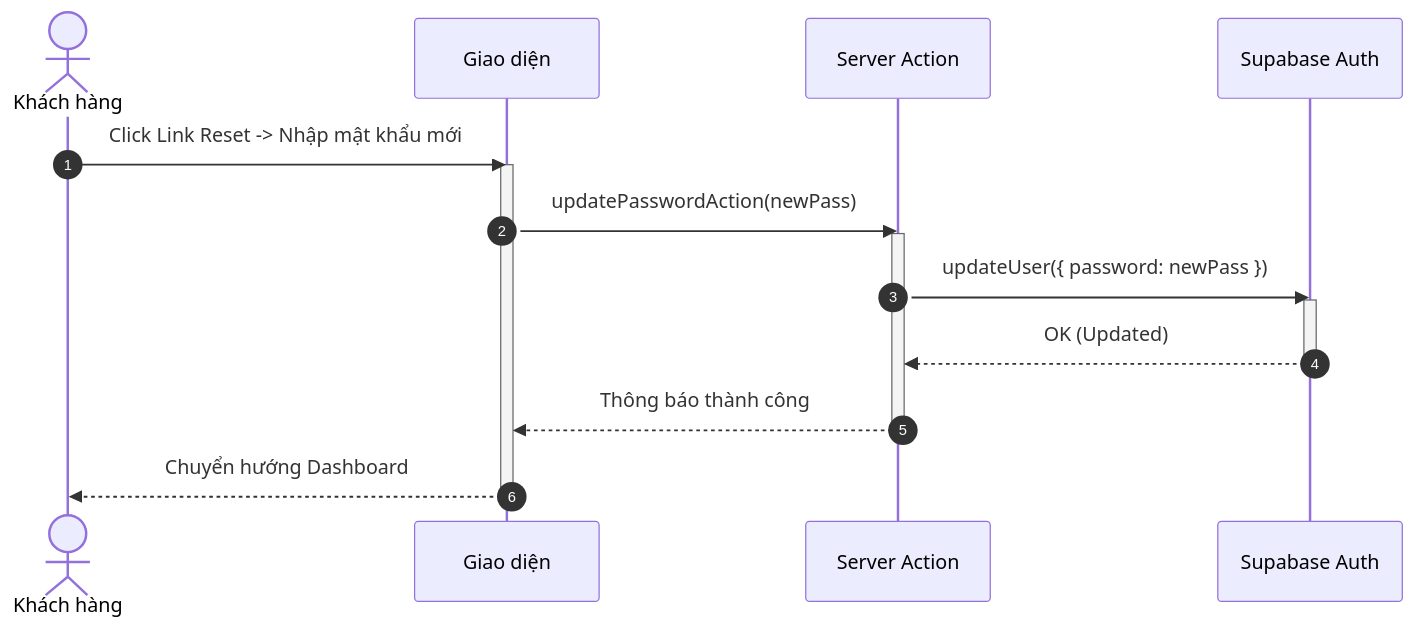
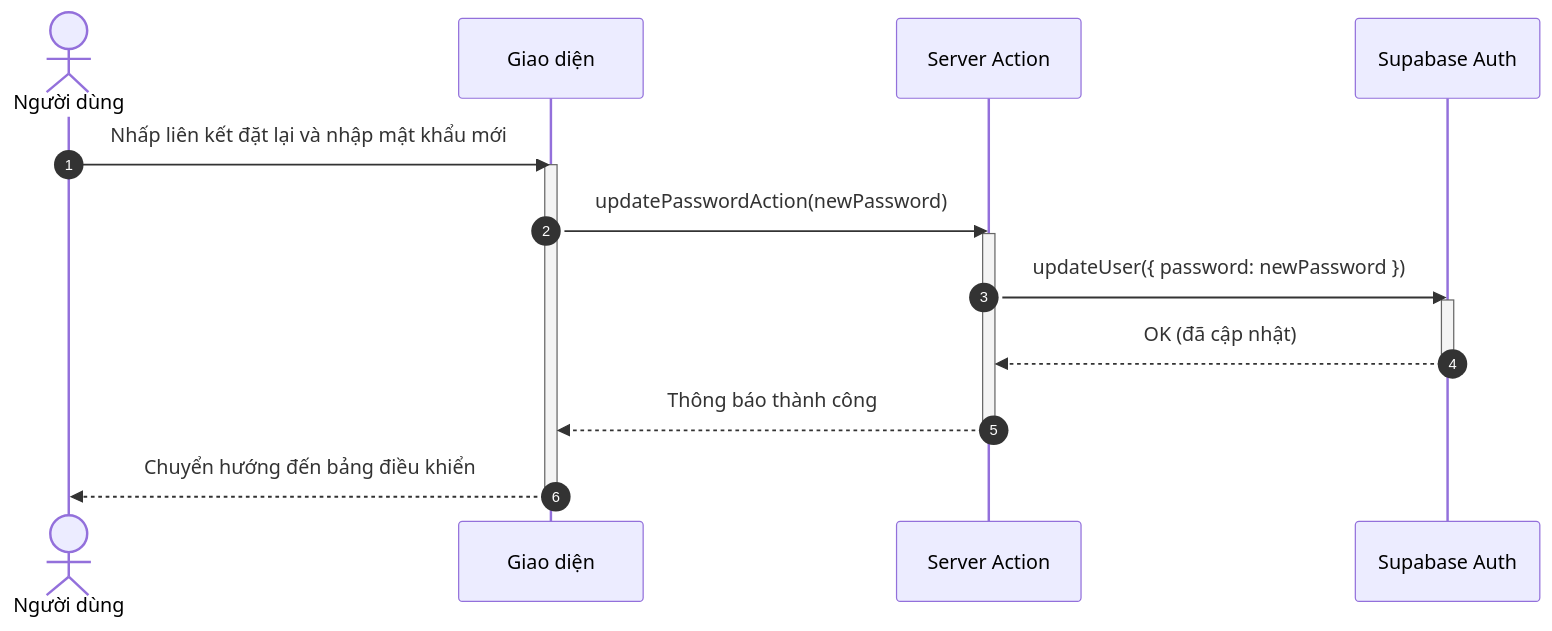
One commit to ngoctinn/Synapse changed the fifth of 7 diagrams in docs/design/sequences/authentication.md. Above: the diagram before and after it, drawn with Mermaid. The commit also changed other lines of this file and 11 other files, not shown here.

Commit message:
docs: Add initial design documentation, including architecture, UI, use cases, and detailed sequence diagrams for various user flows.

````diff
--- a/docs/design/sequences/authentication.md
+++ b/docs/design/sequences/authentication.md
@@ -165,24 +164,24 @@
 ```mermaid
 sequenceDiagram
     autonumber
-    actor KH as Khách hàng
+    actor ND as Người dùng
     participant UI as Giao diện
     participant BFF as Server Action
     participant SUPA as Supabase Auth
 
-    KH->>UI: Click Link Reset -> Nhập mật khẩu mới
+    ND->>UI: Nhấp liên kết đặt lại và nhập mật khẩu mới
     activate UI
-    UI->>BFF: updatePasswordAction(newPass)
+    UI->>BFF: updatePasswordAction(newPassword)
     activate BFF
 
-    BFF->>SUPA: updateUser({ password: newPass })
+    BFF->>SUPA: updateUser({ password: newPassword })
     activate SUPA
-    SUPA-->>BFF: OK (Updated)
+    SUPA-->>BFF: OK (đã cập nhật)
     deactivate SUPA
 
     BFF-->>UI: Thông báo thành công
     deactivate BFF
 
-    UI-->>KH: Chuyển hướng Dashboard
+    UI-->>ND: Chuyển hướng đến bảng điều khiển
     deactivate UI
 ```
````
